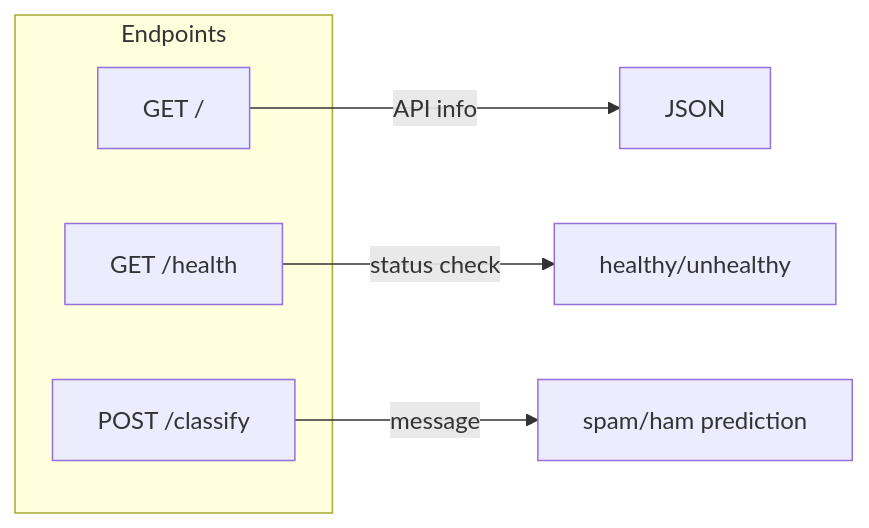
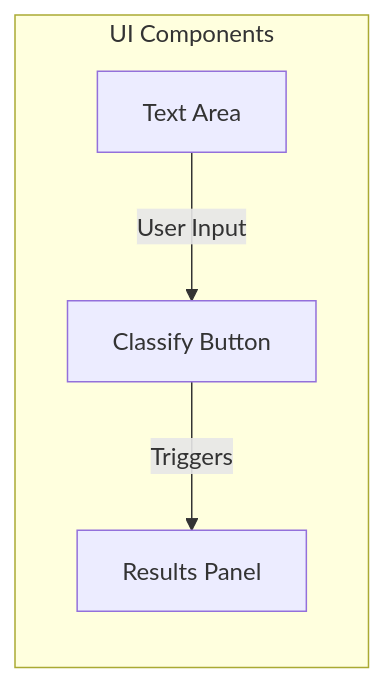
One commit to iportilla/5350-mlops changed the second of 7 diagrams in docker/README.md. Above: the diagram before and after it, drawn with Mermaid. The commit also changed other lines of this file and 4 other files, not shown here.

````diff
--- a/docker/README.md
+++ b/docker/README.md
@@ -28,12 +32,11 @@
 ```mermaid
 flowchart LR
-    subgraph Endpoints
-        A[GET /]
-        B[GET /health]
-        C[POST /classify]
+    subgraph UI Components
+        A[Text Area]
+        B[Classify Button]
+        C[Results Panel]
     end
     
-    A -->|API info| R1[JSON]
-    B -->|status check| R2[healthy/unhealthy]
-    C -->|message| R3[spam/ham prediction]
+    A -->|User Input| B
+    B -->|Triggers| C
 ```
````
